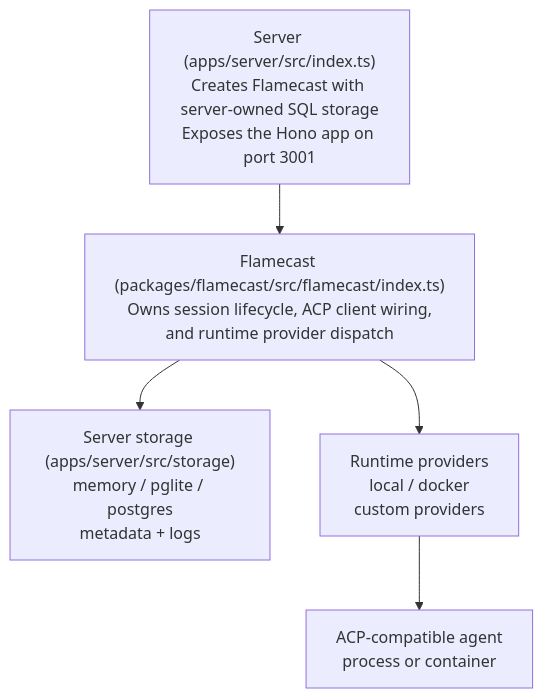
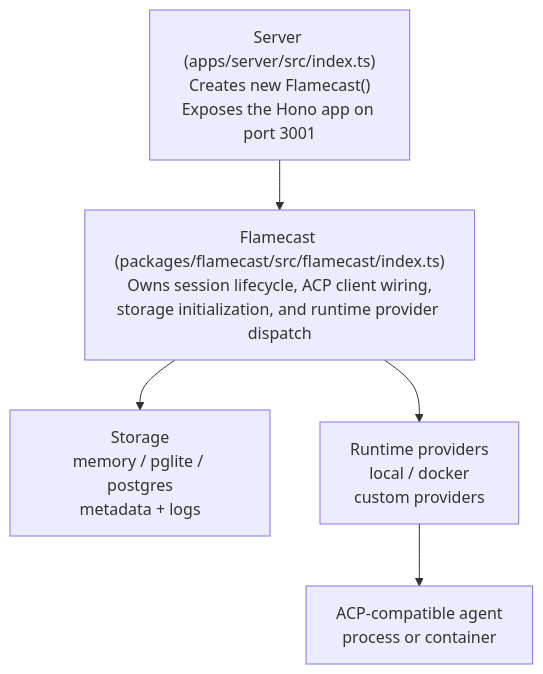
The first of 2 diagrams in README.md (gurdasnijor/flamecast), drawn with Mermaid before and after one commit. The commit also changed other lines of this file and 45 other files, not shown here.

First line of the commit message:
Revert "refactor: rename Flamecast SDK, share typed client, and move SQL boot…" (#50)

````diff
--- a/README.md
+++ b/README.md
@@ -35,13 +35,13 @@
 ```mermaid
 graph TD
-    A["Server (apps/server/src/index.ts)<br/>Creates Flamecast with server-owned SQL storage<br/>Exposes the Hono app on port 3001"]
-    B["Flamecast (packages/flamecast/src/flamecast/index.ts)<br/>Owns session lifecycle, ACP client wiring,<br/>and runtime provider dispatch"]
-    C["Server storage (apps/server/src/storage)<br/>memory / pglite / postgres<br/>metadata + logs"]
+    A["Server (apps/server/src/index.ts)<br/>Creates new Flamecast()<br/>Exposes the Hono app on port 3001"]
+    B["Flamecast (packages/flamecast/src/flamecast/index.ts)<br/>Owns session lifecycle, ACP client wiring,<br/>storage initialization, and runtime provider dispatch"]
+    C["Storage<br/>memory / pglite / postgres<br/>metadata + logs"]
     D["Runtime providers<br/>local / docker<br/>custom providers"]
     E["ACP-compatible agent<br/>process or container"]
 
     A --> B
     B --> C
     B --> D
     D --> E
 ```
````
